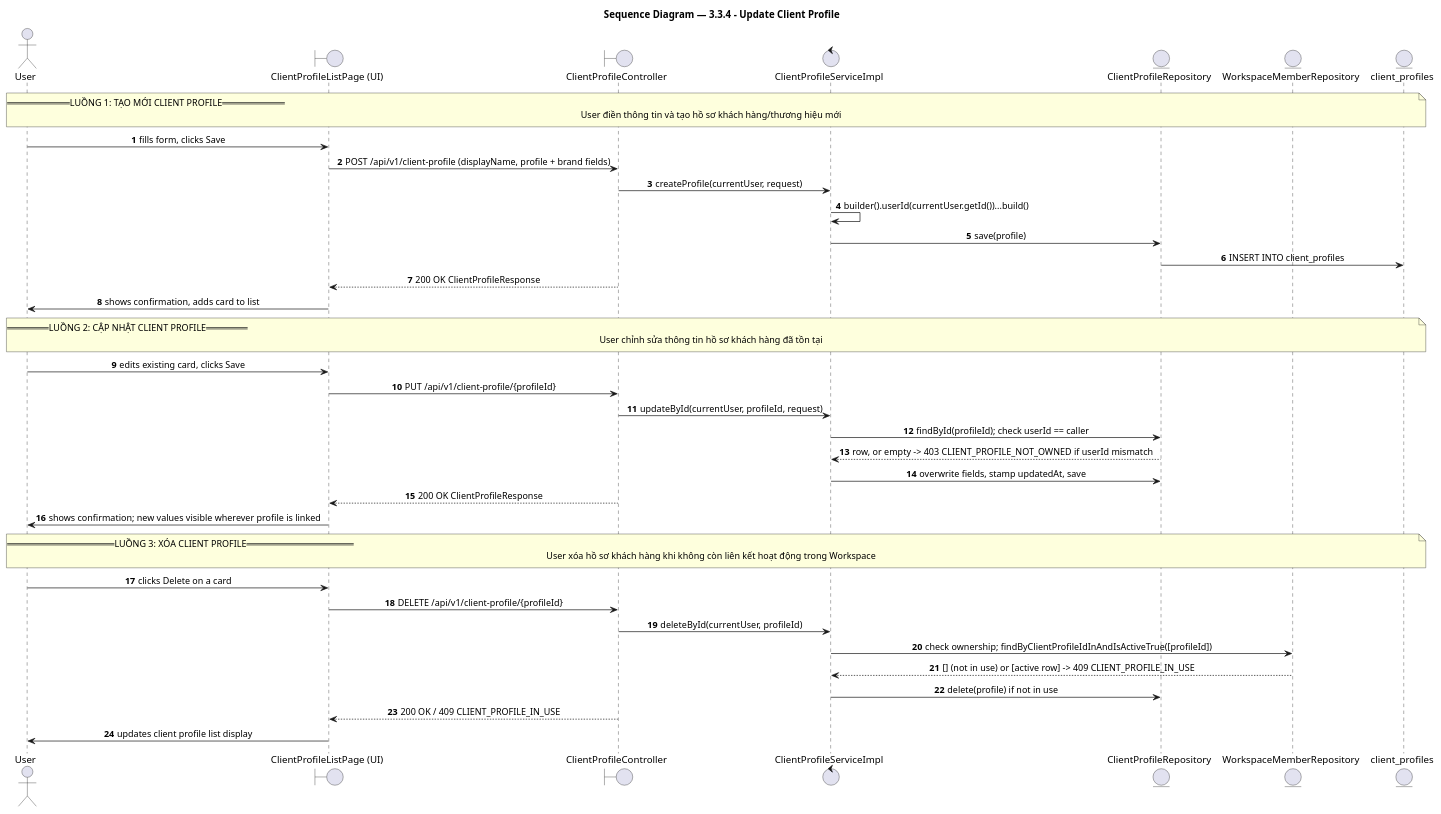
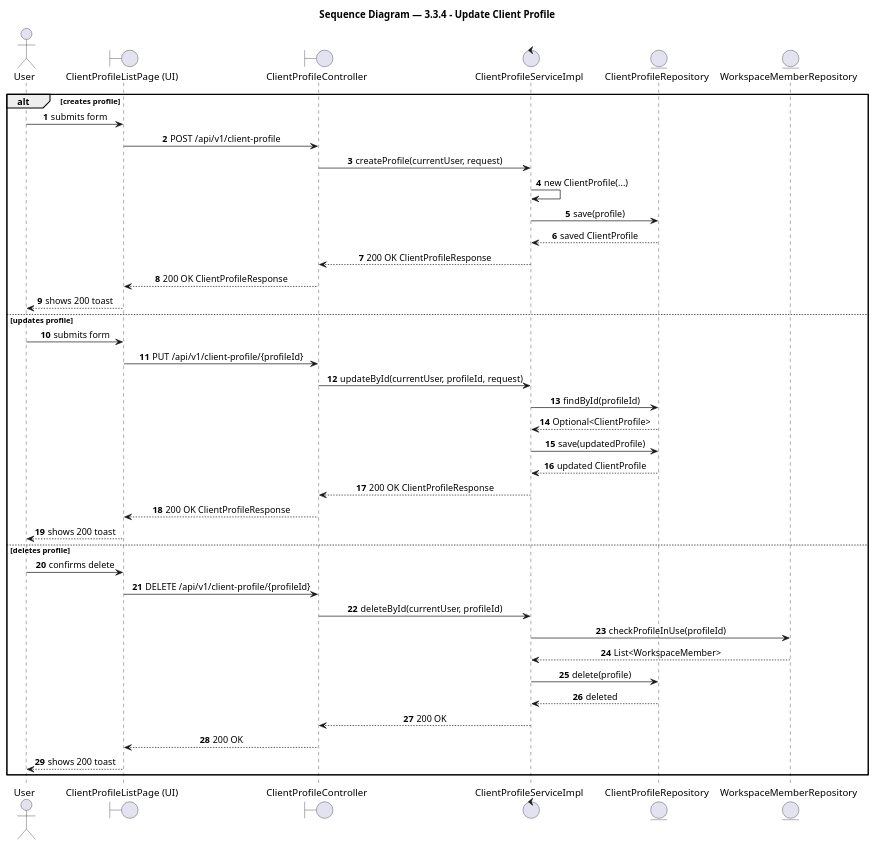
Before and after one commit to BrandHubOrganization/brandhub-infrastructure: the diagram in docs/feature/profile/3-3-4-update-client-profile/report4_sequence.puml, drawn with PlantUML. The commit also changed 33 other files, not shown here.

Commit message:
docs: add PlantUML sequence diagrams and class diagrams for agency workspace and profile features

```diff
--- a/docs/feature/profile/3-3-4-update-client-profile/report4_sequence.puml
+++ b/docs/feature/profile/3-3-4-update-client-profile/report4_sequence.puml
@@ -1,55 +1,52 @@
 @startuml 3.3.4 - Update Client Profile
 title Sequence Diagram — 3.3.4 - Update Client Profile
 
 autonumber
 skinparam shadowing false
 skinparam sequenceMessageAlign center
 skinparam BoxPadding 10
 skinparam ParticipantPadding 10
 
 ' === Participants ===
 actor "User" as user
 boundary "ClientProfileListPage (UI)" as clientprofilelistpage_ui
 boundary "ClientProfileController" as clientprofilecontroller
 control "ClientProfileServiceImpl" as clientprofileserviceimpl
 entity "ClientProfileRepository" as clientprofilerepository
 entity "WorkspaceMemberRepository" as workspacememberrepository
-entity "client_profiles" as client_profiles
 
-' === Flow 1 ===
-note over user, client_profiles : == LUỒNG 1: TẠO MỚI CLIENT PROFILE ==\nUser điền thông tin và tạo hồ sơ khách hàng/thương hiệu mới
-
-user -> clientprofilelistpage_ui: fills form, clicks Save
-clientprofilelistpage_ui -> clientprofilecontroller: POST /api/v1/client-profile (displayName, profile + brand fields)
-clientprofilecontroller -> clientprofileserviceimpl: createProfile(currentUser, request)
-clientprofileserviceimpl -> clientprofileserviceimpl: builder().userId(currentUser.getId())...build()
-clientprofileserviceimpl -> clientprofilerepository: save(profile)
-clientprofilerepository -> client_profiles: INSERT INTO client_profiles
-clientprofilecontroller --> clientprofilelistpage_ui: 200 OK ClientProfileResponse
-clientprofilelistpage_ui -> user: shows confirmation, adds card to list
-
-' === Flow 2 ===
-note over user, client_profiles : == LUỒNG 2: CẬP NHẬT CLIENT PROFILE ==\nUser chỉnh sửa thông tin hồ sơ khách hàng đã tồn tại
-
-user -> clientprofilelistpage_ui: edits existing card, clicks Save
-clientprofilelistpage_ui -> clientprofilecontroller: PUT /api/v1/client-profile/{profileId}
-clientprofilecontroller -> clientprofileserviceimpl: updateById(currentUser, profileId, request)
-clientprofileserviceimpl -> clientprofilerepository: findById(profileId); check userId == caller
-clientprofilerepository --> clientprofileserviceimpl: row, or empty -> 403 CLIENT_PROFILE_NOT_OWNED if userId mismatch
-clientprofileserviceimpl -> clientprofilerepository: overwrite fields, stamp updatedAt, save
-clientprofilecontroller --> clientprofilelistpage_ui: 200 OK ClientProfileResponse
-clientprofilelistpage_ui -> user: shows confirmation; new values visible wherever profile is linked
-
-' === Flow 3 ===
-note over user, client_profiles : == LUỒNG 3: XÓA CLIENT PROFILE ==\nUser xóa hồ sơ khách hàng khi không còn liên kết hoạt động trong Workspace
-
-user -> clientprofilelistpage_ui: clicks Delete on a card
-clientprofilelistpage_ui -> clientprofilecontroller: DELETE /api/v1/client-profile/{profileId}
-clientprofilecontroller -> clientprofileserviceimpl: deleteById(currentUser, profileId)
-clientprofileserviceimpl -> workspacememberrepository: check ownership; findByClientProfileIdInAndIsActiveTrue([profileId])
-workspacememberrepository --> clientprofileserviceimpl: [] (not in use) or [active row] -> 409 CLIENT_PROFILE_IN_USE
-clientprofileserviceimpl -> clientprofilerepository: delete(profile) if not in use
-clientprofilecontroller --> clientprofilelistpage_ui: 200 OK / 409 CLIENT_PROFILE_IN_USE
-clientprofilelistpage_ui -> user: updates client profile list display
+alt creates profile
+  user -> clientprofilelistpage_ui: submits form
+  clientprofilelistpage_ui -> clientprofilecontroller: POST /api/v1/client-profile
+  clientprofilecontroller -> clientprofileserviceimpl: createProfile(currentUser, request)
+  clientprofileserviceimpl -> clientprofileserviceimpl: new ClientProfile(...)
+  clientprofileserviceimpl -> clientprofilerepository: save(profile)
+  clientprofilerepository --> clientprofileserviceimpl: saved ClientProfile
+  clientprofileserviceimpl --> clientprofilecontroller: 200 OK ClientProfileResponse
+  clientprofilecontroller --> clientprofilelistpage_ui: 200 OK ClientProfileResponse
+  clientprofilelistpage_ui --> user: shows 200 toast
+else updates profile
+  user -> clientprofilelistpage_ui: submits form
+  clientprofilelistpage_ui -> clientprofilecontroller: PUT /api/v1/client-profile/{profileId}
+  clientprofilecontroller -> clientprofileserviceimpl: updateById(currentUser, profileId, request)
+  clientprofileserviceimpl -> clientprofilerepository: findById(profileId)
+  clientprofilerepository --> clientprofileserviceimpl: Optional<ClientProfile>
+  clientprofileserviceimpl -> clientprofilerepository: save(updatedProfile)
+  clientprofilerepository --> clientprofileserviceimpl: updated ClientProfile
+  clientprofileserviceimpl --> clientprofilecontroller: 200 OK ClientProfileResponse
+  clientprofilecontroller --> clientprofilelistpage_ui: 200 OK ClientProfileResponse
+  clientprofilelistpage_ui --> user: shows 200 toast
+else deletes profile
+  user -> clientprofilelistpage_ui: confirms delete
+  clientprofilelistpage_ui -> clientprofilecontroller: DELETE /api/v1/client-profile/{profileId}
+  clientprofilecontroller -> clientprofileserviceimpl: deleteById(currentUser, profileId)
+  clientprofileserviceimpl -> workspacememberrepository: checkProfileInUse(profileId)
+  workspacememberrepository --> clientprofileserviceimpl: List<WorkspaceMember>
+  clientprofileserviceimpl -> clientprofilerepository: delete(profile)
+  clientprofilerepository --> clientprofileserviceimpl: deleted
+  clientprofileserviceimpl --> clientprofilecontroller: 200 OK
+  clientprofilecontroller --> clientprofilelistpage_ui: 200 OK
+  clientprofilelistpage_ui --> user: shows 200 toast
+end
 
 @enduml
```
